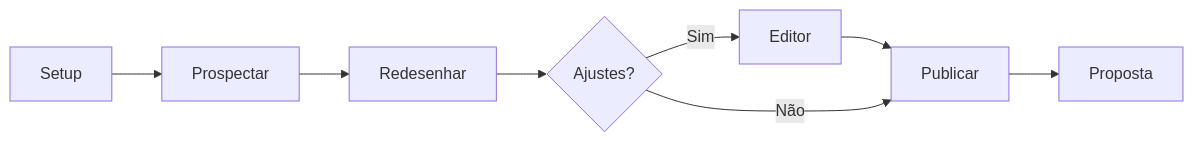
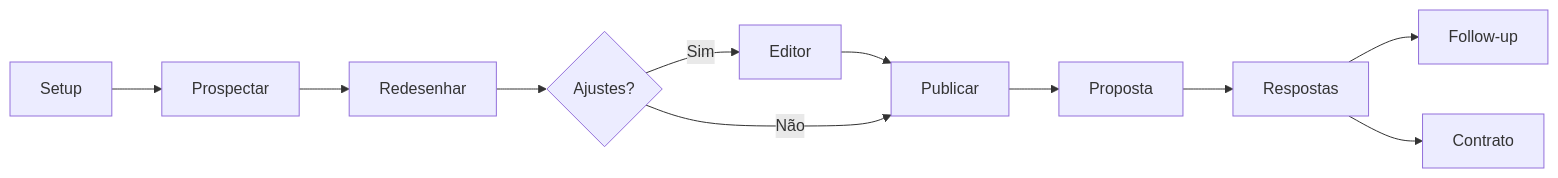
One commit to lucasgpaixao/PROSPECTOR-DE-SITES changed the diagram in cursor-skills/README.md. Above: the diagram before and after it, drawn with Mermaid. The commit also changed other lines of this file and 58 other files, not shown here.

````diff
--- a/cursor-skills/README.md
+++ b/cursor-skills/README.md
@@ -40,10 +41,13 @@
 ```mermaid
 flowchart LR
     A[Setup] --> B[Prospectar]
     B --> C[Redesenhar]
     C --> D{Ajustes?}
     D -->|Sim| E[Editor]
     E --> F[Publicar]
     D -->|Não| F
     F --> G[Proposta]
+    G --> H[Respostas]
+    H --> I[Follow-up]
+    H --> J[Contrato]
 ```
````
